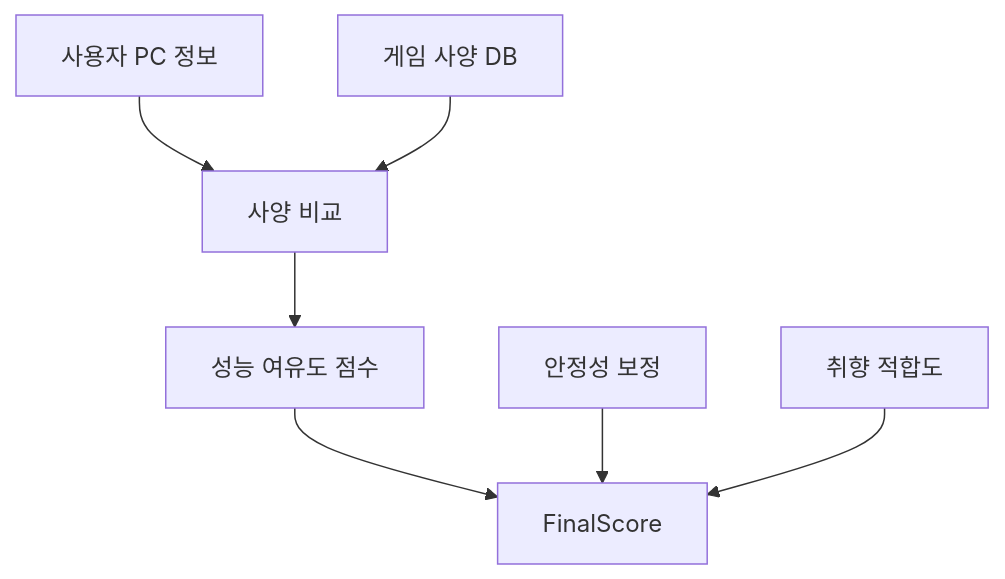
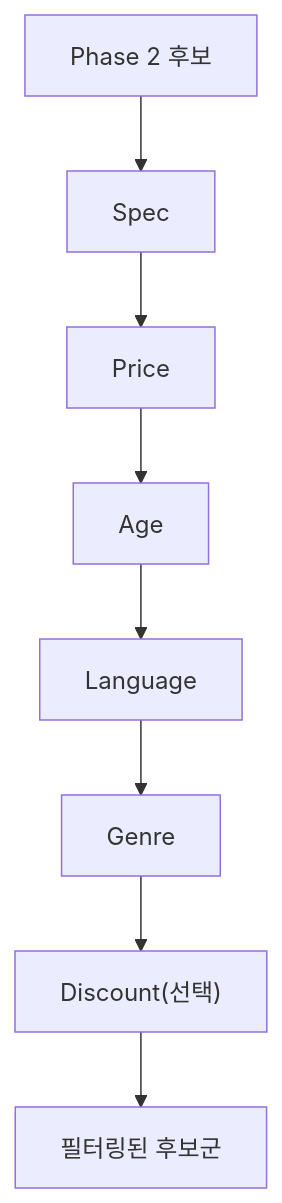
Before and after one commit to Game-recommend-sys-agent/Steam_Game_Recommand_Agent: the eighth of 11 diagrams in docs/workflow.md, drawn with Mermaid. The commit also changed other lines of this file and 5 other files, not shown here.

````diff
--- a/docs/workflow.md
+++ b/docs/workflow.md
@@ -299,16 +153,10 @@
 ```mermaid
-flowchart TD
-    User[사용자 PC 정보]
-    Game[게임 사양 DB]
-    Compare[사양 비교]
-    Score[성능 여유도 점수]
-    Stable[안정성 보정]
-    Taste[취향 적합도]
-    Final[FinalScore]
-    User --> Compare
-    Game --> Compare
-    Compare --> Score
-    Score --> Final
-    Stable --> Final
-    Taste --> Final
+flowchart TB
+    In[Phase 2 후보] --> F1[Spec]
+    F1 --> F2[Price]
+    F2 --> F3[Age]
+    F3 --> F4[Language]
+    F4 --> F5[Genre]
+    F5 --> F6["Discount(선택)"]
+    F6 --> Out[필터링된 후보군]
 ```
````
